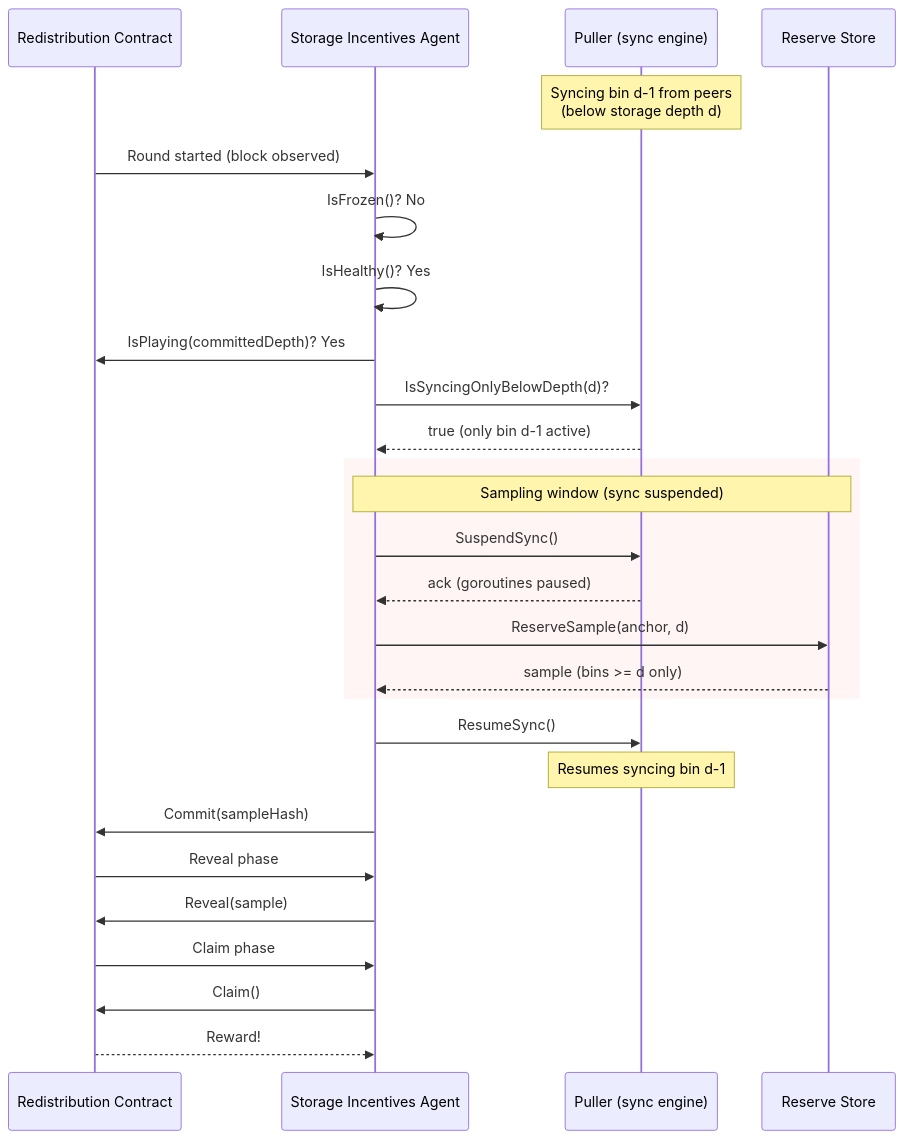
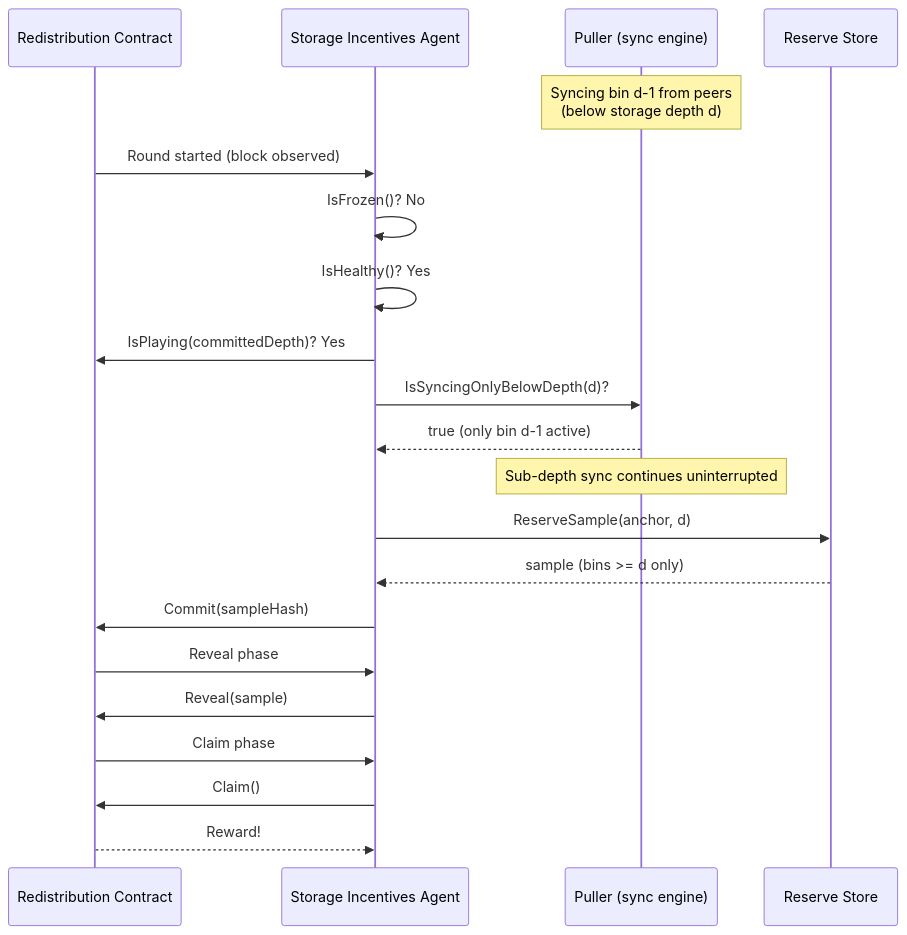
Before and after one commit to ethersphere/SWIPs: the diagram in SWIPs/SWIP-44.md, drawn with Mermaid. The commit also changed other lines of this file, not shown here.

First line of the commit message:
remove sync suspension mechanism, address review feedback

````diff
--- a/SWIPs/SWIP-44.md
+++ b/SWIPs/SWIP-44.md
@@ -278,37 +257,30 @@
 ```mermaid
 sequenceDiagram
     participant Chain as Redistribution Contract
     participant Agent as Storage Incentives Agent
     participant Puller as Puller (sync engine)
     participant Reserve as Reserve Store
 
     Note over Puller: Syncing bin d-1 from peers<br/>(below storage depth d)
 
     Chain->>Agent: Round started (block observed)
 
     Agent->>Agent: IsFrozen()? No
     Agent->>Agent: IsHealthy()? Yes
     Agent->>Chain: IsPlaying(committedDepth)? Yes
 
     Agent->>Puller: IsSyncingOnlyBelowDepth(d)?
     Puller-->>Agent: true (only bin d-1 active)
 
-    rect rgb(255, 245, 245)
-        Note over Agent,Reserve: Sampling window (sync suspended)
-        Agent->>Puller: SuspendSync()
-        Puller-->>Agent: ack (goroutines paused)
+    Note over Puller: Sub-depth sync continues uninterrupted
 
-        Agent->>Reserve: ReserveSample(anchor, d)
-        Reserve-->>Agent: sample (bins >= d only)
-    end
-
-    Agent->>Puller: ResumeSync()
-    Note over Puller: Resumes syncing bin d-1
+    Agent->>Reserve: ReserveSample(anchor, d)
+    Reserve-->>Agent: sample (bins >= d only)
 
     Agent->>Chain: Commit(sampleHash)
     Chain->>Agent: Reveal phase
     Agent->>Chain: Reveal(sample)
     Chain->>Agent: Claim phase
     Agent->>Chain: Claim()
     Chain-->>Agent: Reward!
 ```
````
